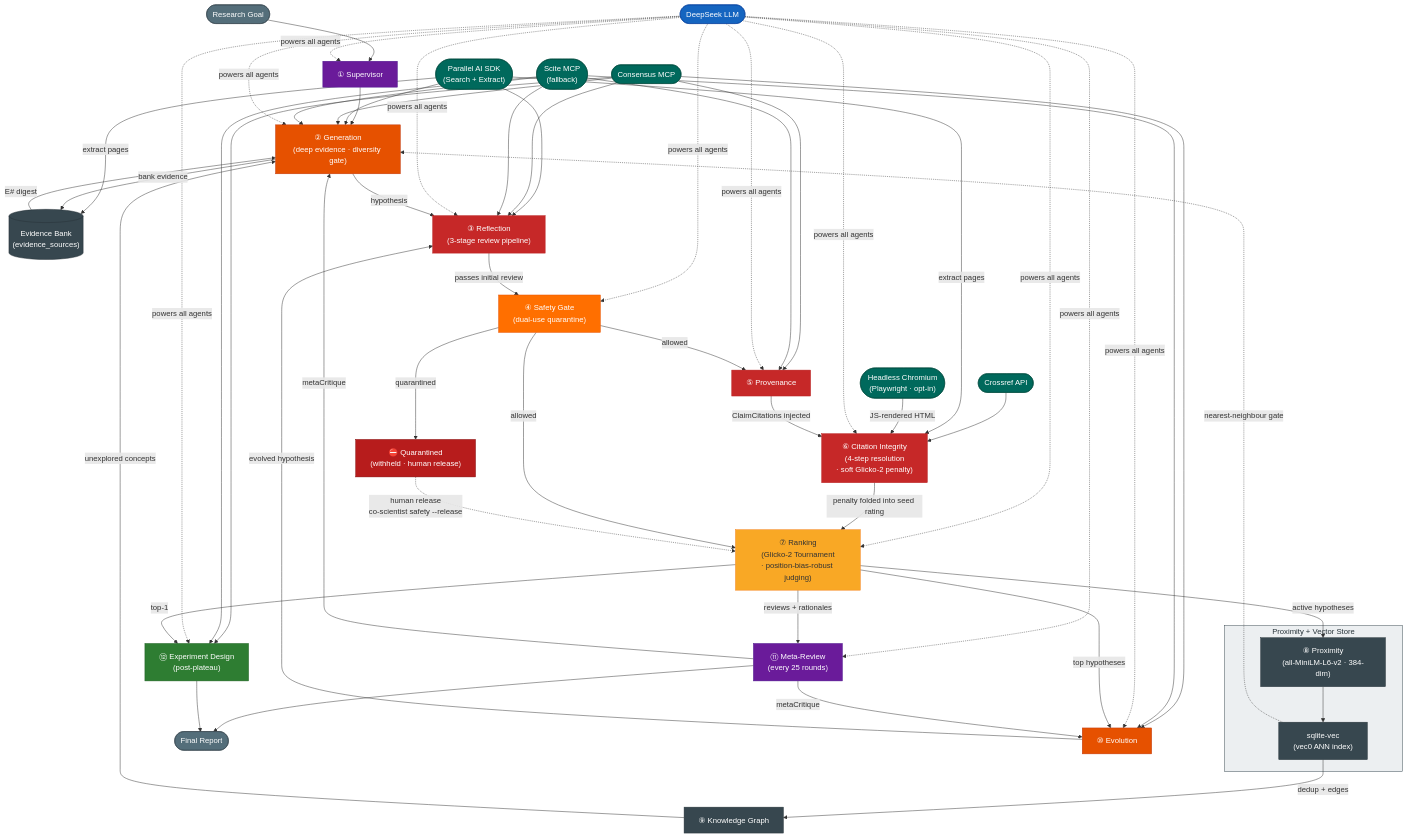
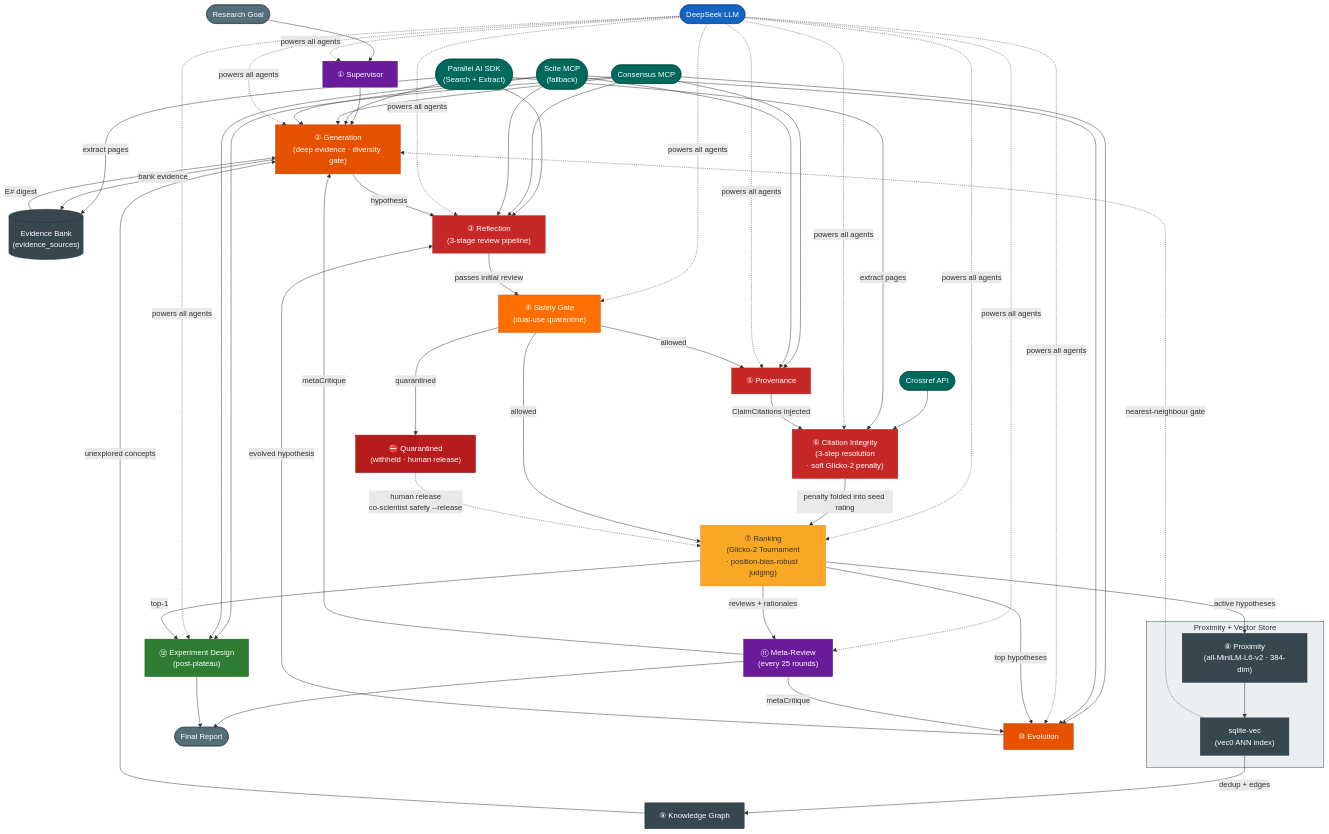
Before and after one commit to raktim-mondol/co-scientist: the diagram in README.md, drawn with Mermaid. The commit also changed other lines of this file and 1 other file, not shown here.

First line of the commit message:
docs: remove Playwright/headless browser references — feature not in codebase

```diff
--- a/README.md
+++ b/README.md
@@ -704,7 +659,6 @@
     CON(["Consensus MCP"])
     SCITE(["Scite MCP<br/>(fallback)"])
     XREF(["Crossref API"])
-    HEADLESS(["Headless Chromium<br/>(Playwright · opt-in)"])
     EVBANK[("Evidence Bank<br/>(evidence_sources)")]
 
     SUP["① Supervisor"]
@@ -712,7 +666,7 @@
     REF["③ Reflection<br/>(3-stage review pipeline)"]
     SAFE["④ Safety Gate<br/>(dual-use quarantine)"]
     PROV["⑤ Provenance"]
-    CITE["⑥ Citation Integrity<br/>(4-step resolution<br/>· soft Glicko-2 penalty)"]
+    CITE["⑥ Citation Integrity<br/>(3-step resolution<br/>· soft Glicko-2 penalty)"]
     RANK["⑦ Ranking<br/>(Glicko-2 Tournament<br/>· position-bias-robust judging)"]
 
     subgraph PROXVEC["Proximity + Vector Store"]
@@ -743,7 +697,6 @@
     SCITE --> PROV
     XREF --> CITE
     PAI -->|extract pages| CITE
-    HEADLESS -->|JS-rendered HTML| CITE
     CON --> EVOL
     SCITE --> EVOL
     CON --> DESIGN
@@ -784,7 +737,6 @@
     style CON      fill:#00695C,color:#fff,stroke:#004D40
     style SCITE    fill:#00695C,color:#fff,stroke:#004D40
     style XREF     fill:#00695C,color:#fff,stroke:#004D40
-    style HEADLESS fill:#00695C,color:#fff,stroke:#004D40
     style EVBANK   fill:#37474F,color:#fff,stroke:#263238
     style SUP      fill:#6A1B9A,color:#fff,stroke:#4A148C
     style META     fill:#6A1B9A,color:#fff,stroke:#4A148C
```
